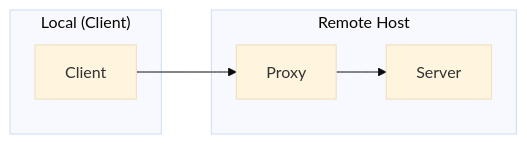
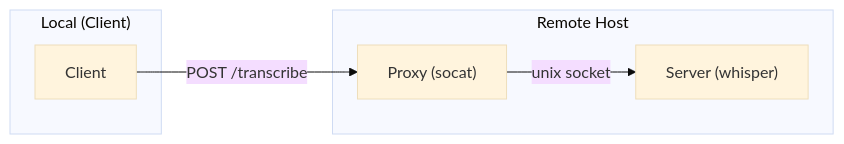
The second of 2 diagrams in README.md (pdcalado/waste), drawn with Mermaid (base theme) before and after one commit. The commit also changed other lines of this file, not shown here.

Commit message:
Add labels to mermaid diagrams.

````diff
--- a/README.md
+++ b/README.md
@@ -74,15 +74,15 @@
 ```mermaid
 flowchart LR
 
  subgraph "Remote Host"
-    S[Server]
-    P[Proxy]
+    S["Server (whisper)"]
+    P["Proxy (socat)"]
  end
 
  subgraph "Local (Client)"
     C[Client]
  end
 
- P --> S
- C --> P
+ P -->|unix socket| S
+ C -->|"POST /transcribe"| P
 ```
````
